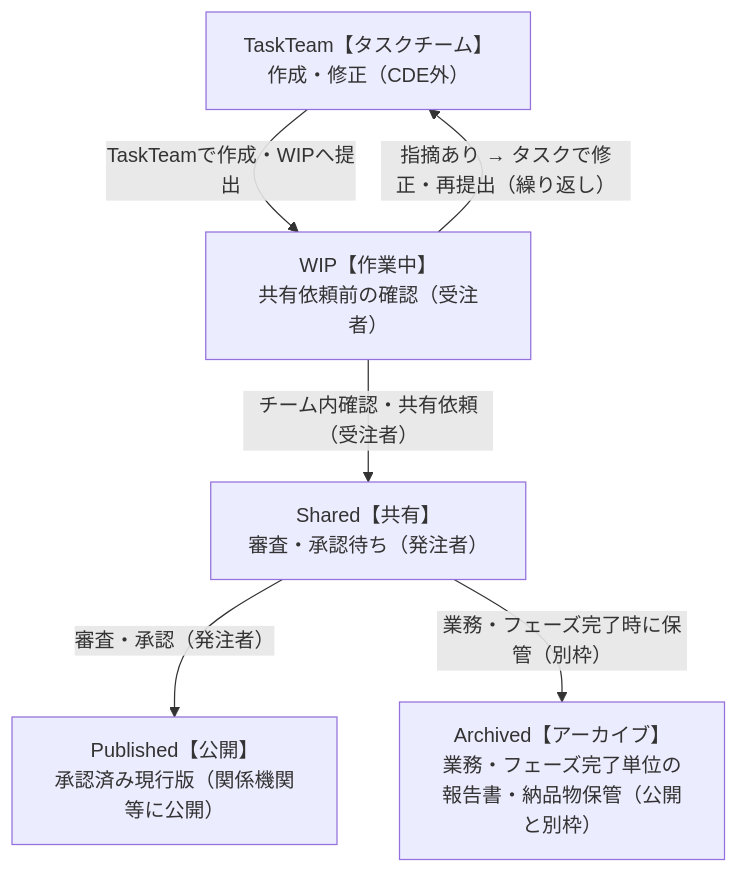
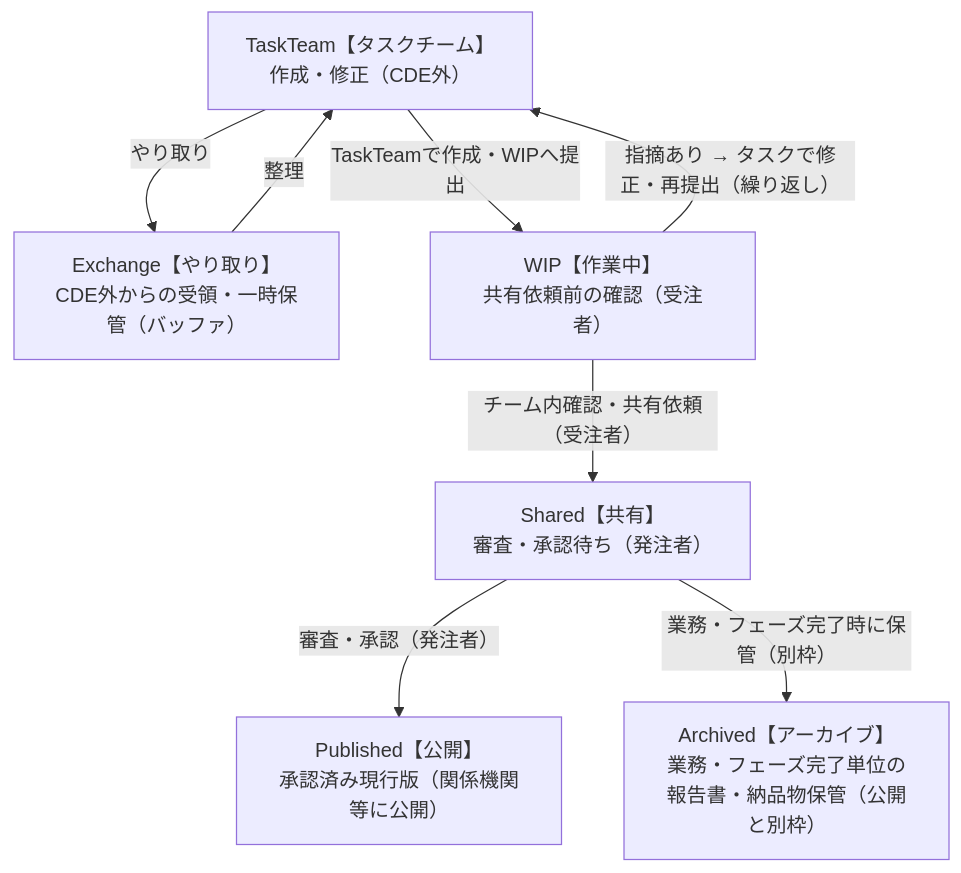
One commit to yamamoto-ryuzo/portal changed the third of 5 diagrams in プロジェクトCDE/index.md. Above: the diagram before and after it, drawn with Mermaid. The commit also changed other lines of this file and 2 other files, not shown here.

````diff
--- a/プロジェクトCDE/index.md
+++ b/プロジェクトCDE/index.md
@@ -402,14 +402,17 @@
 ```mermaid
 flowchart TD
     TT["TaskTeam【タスクチーム】<br/>作成・修正（CDE外）"]
+    EX["Exchange【やり取り】<br/>CDE外からの受領・一時保管（バッファ）"]
     WIP["WIP【作業中】<br/>共有依頼前の確認（受注者）"]
     SH["Shared【共有】<br/>審査・承認待ち（発注者）"]
     PB["Published【公開】<br/>承認済み現行版（関係機関等に公開）"]
     AR["Archived【アーカイブ】<br/>業務・フェーズ完了単位の<br/>報告書・納品物保管（公開と別枠）"]
 
+    TT -->|"やり取り"| EX
     TT -->|"TaskTeamで作成・WIPへ提出"| WIP
+    EX -->|"整理"| TT
     WIP -->|"指摘あり → タスクで修正・再提出（繰り返し）"| TT
     WIP -->|"チーム内確認・共有依頼（受注者）"| SH
     SH -->|"審査・承認（発注者）"| PB
     SH -->|"業務・フェーズ完了時に保管（別枠）"| AR
 ```
````
